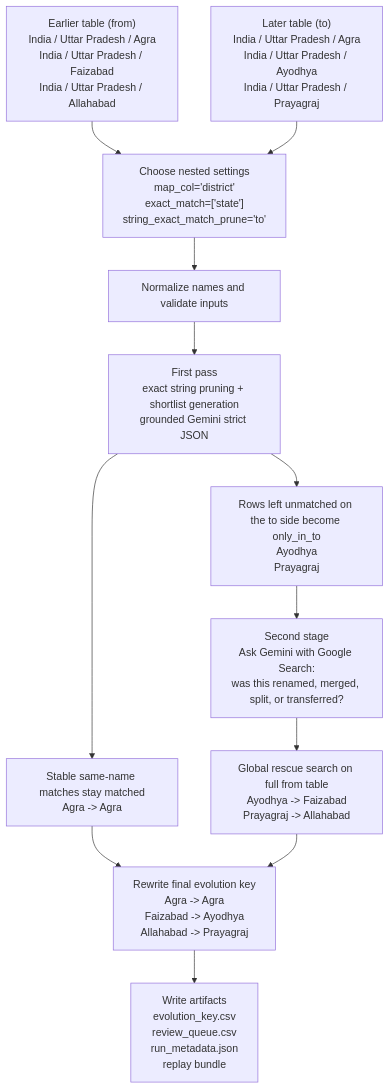
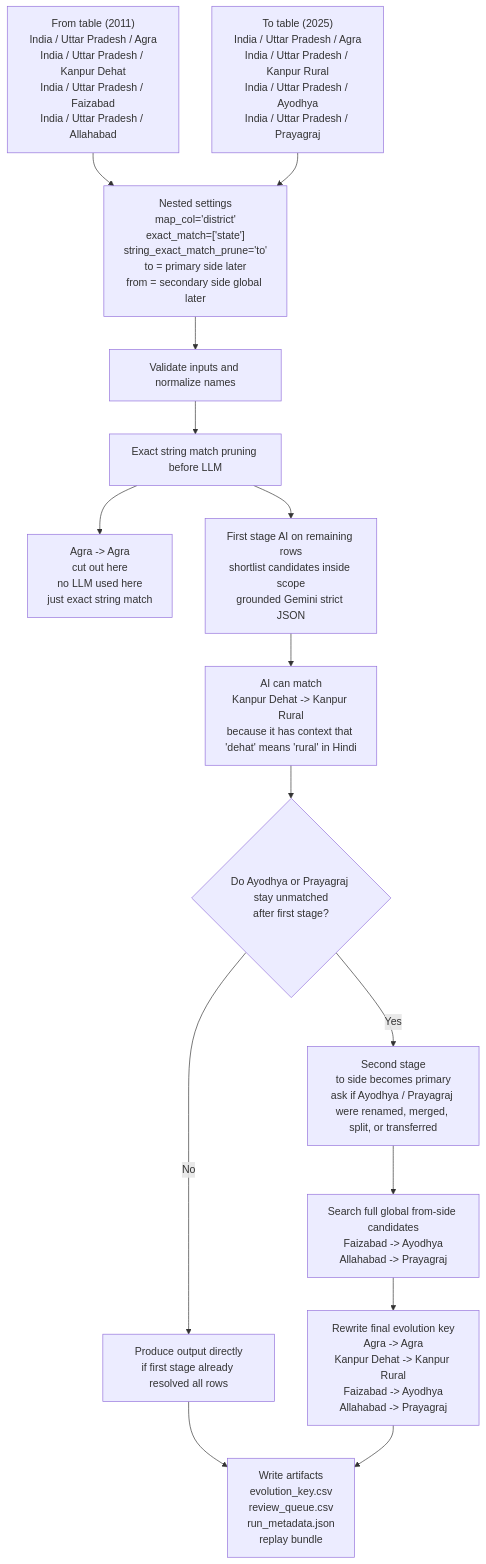
One commit to TahaIbrahimSiddiqui/AdminLineageAI changed the diagram in README.md. Above: the diagram before and after it, drawn with Mermaid. The commit also changed other lines of this file, not shown here.

Commit message:
docs(readme): refine matching flowchart example
Update the README flowchart with the 2011 to 2025 nested example, exact-string pruning, first-stage AI matching, and the second-stage branch logic.

````diff
--- a/README.md
+++ b/README.md
@@ -129,26 +129,32 @@
 ```mermaid
 flowchart TD
-    A["Earlier table (from)<br/>India / Uttar Pradesh / Agra<br/>India / Uttar Pradesh / Faizabad<br/>India / Uttar Pradesh / Allahabad"]
-    B["Later table (to)<br/>India / Uttar Pradesh / Agra<br/>India / Uttar Pradesh / Ayodhya<br/>India / Uttar Pradesh / Prayagraj"]
-    C["Choose nested settings<br/>map_col='district'<br/>exact_match=['state']<br/>string_exact_match_prune='to'"]
-    D["Normalize names and validate inputs"]
-    E["First pass<br/>exact string pruning + shortlist generation<br/>grounded Gemini strict JSON"]
-    F["Stable same-name matches stay matched<br/>Agra -> Agra"]
-    G["Rows left unmatched on the to side become only_in_to<br/>Ayodhya<br/>Prayagraj"]
-    H["Second stage<br/>Ask Gemini with Google Search:<br/>was this renamed, merged, split, or transferred?"]
-    I["Global rescue search on full from table<br/>Ayodhya -> Faizabad<br/>Prayagraj -> Allahabad"]
-    J["Rewrite final evolution key<br/>Agra -> Agra<br/>Faizabad -> Ayodhya<br/>Allahabad -> Prayagraj"]
-    K["Write artifacts<br/>evolution_key.csv<br/>review_queue.csv<br/>run_metadata.json<br/>replay bundle"]
+    A["From table (2011)<br/>India / Uttar Pradesh / Agra<br/>India / Uttar Pradesh / Kanpur Dehat<br/>India / Uttar Pradesh / Faizabad<br/>India / Uttar Pradesh / Allahabad"]
+    B["To table (2025)<br/>India / Uttar Pradesh / Agra<br/>India / Uttar Pradesh / Kanpur Rural<br/>India / Uttar Pradesh / Ayodhya<br/>India / Uttar Pradesh / Prayagraj"]
+    C["Nested settings<br/>map_col='district'<br/>exact_match=['state']<br/>string_exact_match_prune='to'<br/>to = primary side later<br/>from = secondary side global later"]
+    D["Validate inputs and normalize names"]
+    E["Exact string match pruning before LLM"]
+    F["Agra -> Agra<br/>cut out here<br/>no LLM used here<br/>just exact string match"]
+    G["First stage AI on remaining rows<br/>shortlist candidates inside scope<br/>grounded Gemini strict JSON"]
+    H["AI can match<br/>Kanpur Dehat -> Kanpur Rural<br/>because it has context that 'dehat' means 'rural' in Hindi"]
+    I{"Do Ayodhya or Prayagraj stay unmatched<br/>after first stage?"}
+    J["Produce output directly<br/>if first stage already resolved all rows"]
+    K["Second stage<br/>to side becomes primary<br/>ask if Ayodhya / Prayagraj were renamed, merged, split, or transferred"]
+    L["Search full global from-side candidates<br/>Faizabad -> Ayodhya<br/>Allahabad -> Prayagraj"]
+    M["Rewrite final evolution key<br/>Agra -> Agra<br/>Kanpur Dehat -> Kanpur Rural<br/>Faizabad -> Ayodhya<br/>Allahabad -> Prayagraj"]
+    N["Write artifacts<br/>evolution_key.csv<br/>review_queue.csv<br/>run_metadata.json<br/>replay bundle"]
 
     A --> C
     B --> C
     C --> D
     D --> E
     E --> F
     E --> G
     G --> H
     H --> I
-    F --> J
-    I --> J
-    J --> K
+    I -- "No" --> J
+    I -- "Yes" --> K
+    K --> L
+    J --> N
+    L --> M
+    M --> N
 ```
````
